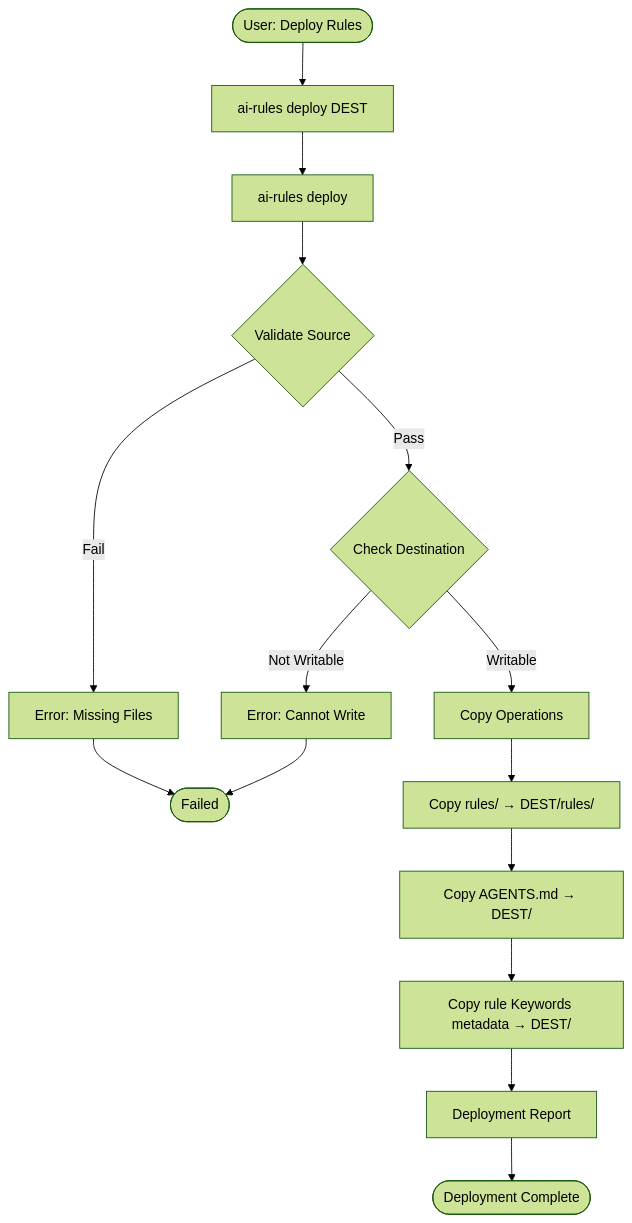
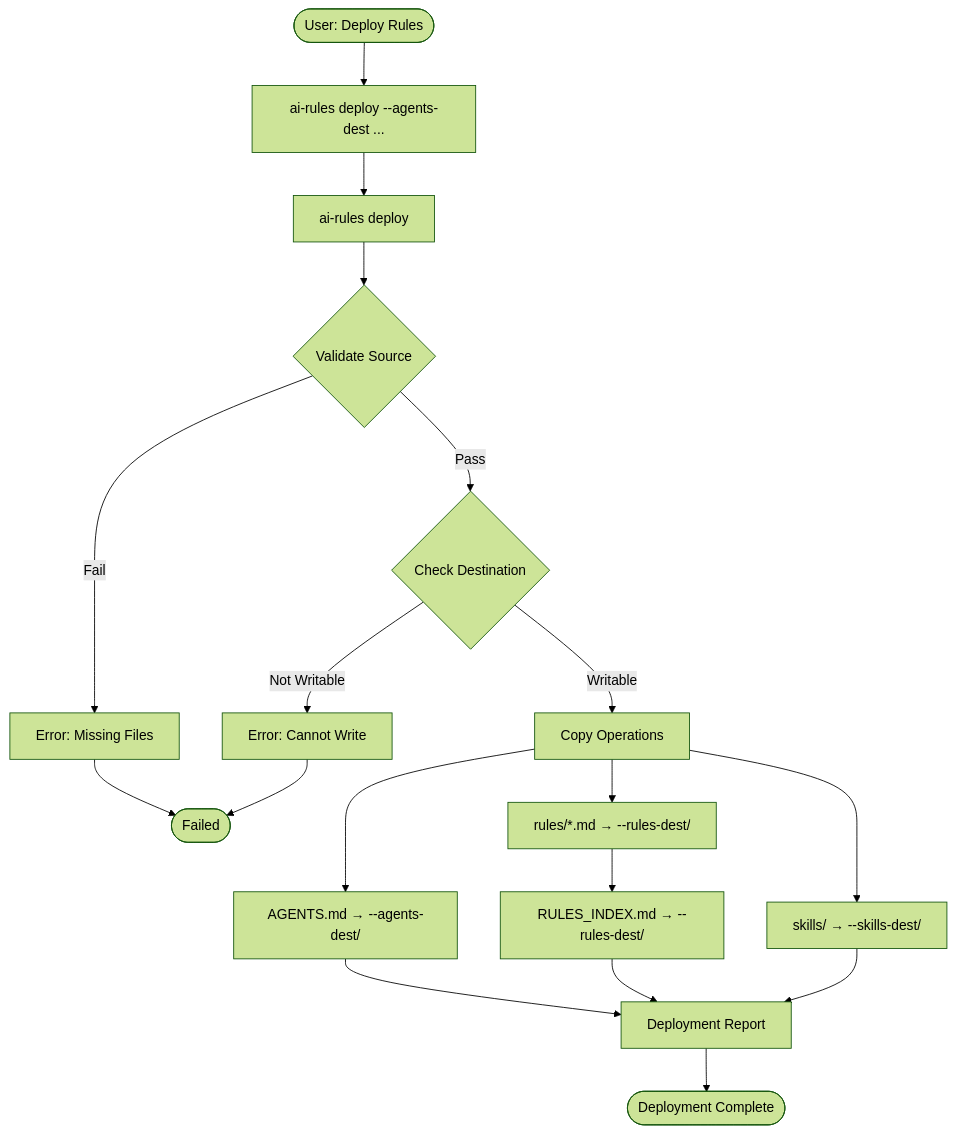
Before and after one commit to sfc-gh-myoung/ai_coding_rules: the second of 2 diagrams in docs/ARCHITECTURE.md, drawn with Mermaid (forest theme). The commit also changed other lines of this file and 9 other files, not shown here.

````diff
--- a/docs/ARCHITECTURE.md
+++ b/docs/ARCHITECTURE.md
@@ -395,18 +399,21 @@
 ```mermaid
 flowchart TD
     Start([User: Deploy Rules]) --> Command
-    Command["ai-rules deploy DEST"] --> Deployer
+    Command["ai-rules deploy --agents-dest ..."] --> Deployer
     Deployer[ai-rules deploy] --> Validate{Validate Source}
     Validate -->|Fail| Error[Error: Missing Files]
     Validate -->|Pass| CheckDest{Check Destination}
     CheckDest -->|Not Writable| Error2[Error: Cannot Write]
     CheckDest -->|Writable| Copy
-    Copy[Copy Operations] --> CopyRules[Copy rules/ → DEST/rules/]
-    CopyRules --> CopyAgents[Copy AGENTS.md → DEST/]
-    CopyAgents --> CopyIndex[Copy rule Keywords metadata → DEST/]
-    CopyIndex --> Report[Deployment Report]
+    Copy[Copy Operations] --> CopyAgents[AGENTS.md → --agents-dest/]
+    Copy --> CopyRules[rules/*.md → --rules-dest/]
+    CopyRules --> CopyIndex[RULES_INDEX.md → --rules-dest/]
+    Copy --> CopySkills[skills/ → --skills-dest/]
+    CopyAgents --> Report[Deployment Report]
+    CopyIndex --> Report
+    CopySkills --> Report
     Report --> Success([Deployment Complete])
 
     Error --> End([Failed])
     Error2 --> End
 ```
````
